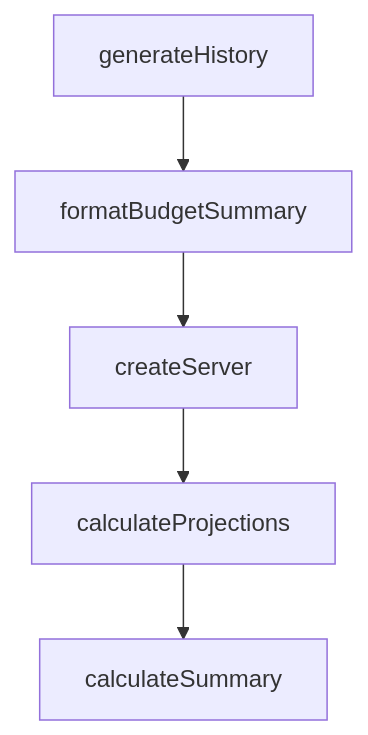
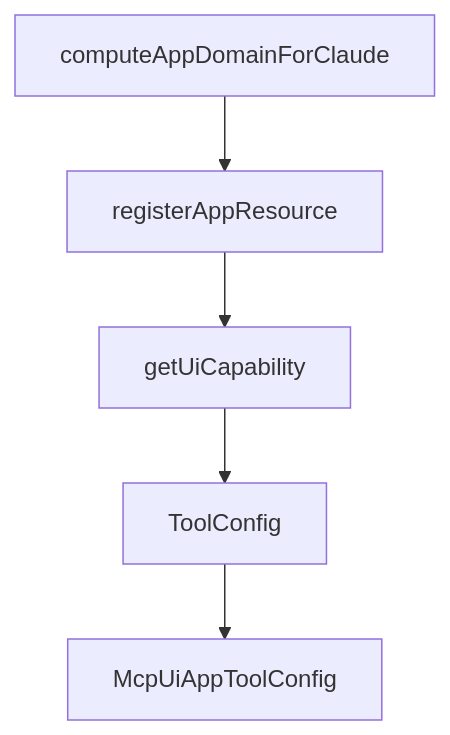
The diagram in tutorials/mcp-ext-apps-tutorial/07-agent-skills-and-openai-apps-migration.md (johnxie/awesome-code-docs), drawn with Mermaid before and after one commit. The commit also changed other lines of this file and 1232 other files, not shown here.

````diff
--- a/tutorials/mcp-ext-apps-tutorial/07-agent-skills-and-openai-apps-migration.md
+++ b/tutorials/mcp-ext-apps-tutorial/07-agent-skills-and-openai-apps-migration.md
@@ -213,12 +211,12 @@
 ```mermaid
 flowchart TD
-    A[generateHistory]
-    B[formatBudgetSummary]
-    C[createServer]
-    D[calculateProjections]
-    E[calculateSummary]
+    A[computeAppDomainForClaude]
+    B[registerAppResource]
+    C[getUiCapability]
+    D[ToolConfig]
+    E[McpUiAppToolConfig]
     A --> B
     B --> C
     C --> D
     D --> E
 ```
````
